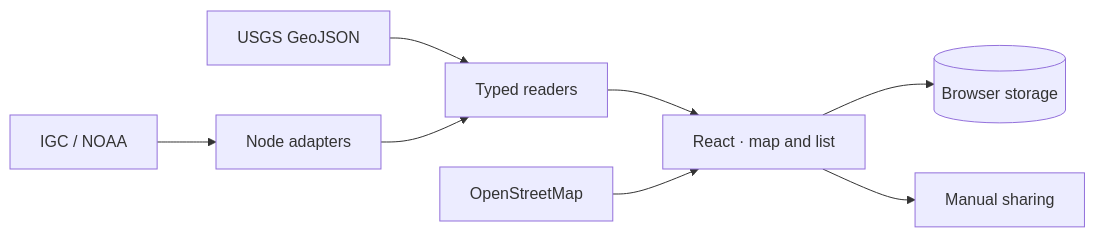
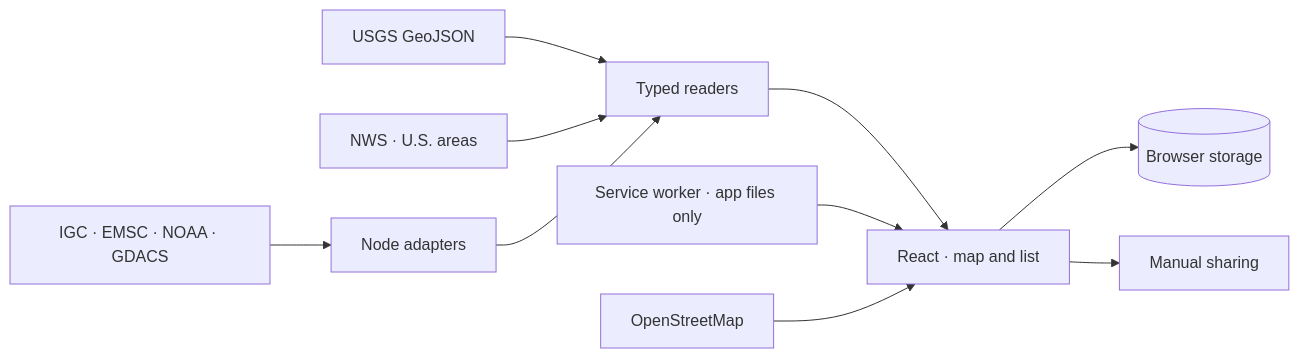
Before and after one commit to garagon/faro: the diagram in README.md, drawn with Mermaid. The commit also changed other lines of this file and 194 other files, not shown here.

````diff
--- a/README.md
+++ b/README.md
@@ -51,10 +62,12 @@
 ```mermaid
 flowchart LR
   USGS[USGS GeoJSON] --> Reader[Typed readers]
-  IGC[IGC / NOAA] --> API[Node adapters]
+  NWS[NWS · U.S. areas] --> Reader
+  IGC[IGC · EMSC · NOAA · GDACS] --> API[Node adapters]
   API --> Reader
   Reader --> UI[React · map and list]
   UI --> Local[(Browser storage)]
+  SW[Service worker · app files only] --> UI
   OSM[OpenStreetMap] --> UI
   UI --> Manual[Manual sharing]
 ```
````
